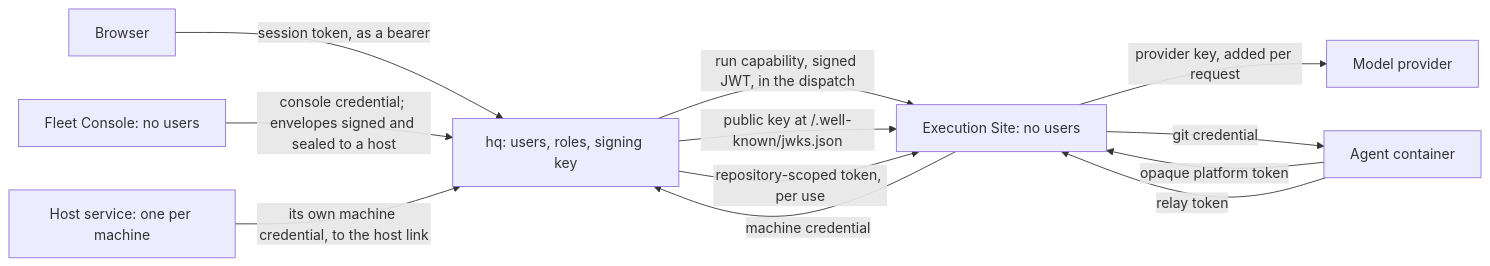
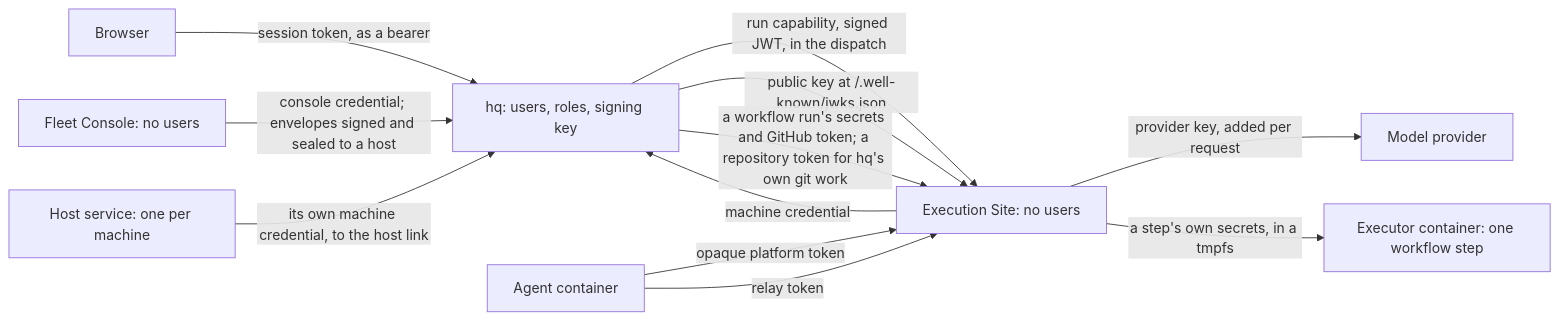
One commit to solution84-com/agenthix changed the first of 3 diagrams in docs/architecture/identity-and-trust.md. Above: the diagram before and after it, drawn with Mermaid. The commit also changed other lines of this file and 21 other files, not shown here.

Commit message:
docs: architecture, concepts and decision records describe workflows, the executor, the egress proxy, masking and the mint gate, with no git credential helper

````diff
--- a/docs/architecture/identity-and-trust.md
+++ b/docs/architecture/identity-and-trust.md
@@ -6,14 +6,14 @@
 ```mermaid
 flowchart LR
     B["Browser"] -->|"session token, as a bearer"| HQ["hq: users, roles, signing key"]
     S["Execution Site: no users"] -->|"machine credential"| HQ
     HQ -->|"run capability, signed JWT, in the dispatch"| S
     HQ -->|"public key at /.well-known/jwks.json"| S
     C["Agent container"] -->|"opaque platform token"| S
     C -->|"relay token"| S
     S -->|"provider key, added per request"| M["Model provider"]
-    HQ -->|"repository-scoped token, per use"| S
-    S -->|"git credential"| C
+    HQ -->|"a workflow run's secrets and GitHub token; a repository token for hq's own git work"| S
+    S -->|"a step's own secrets, in a tmpfs"| EX["Executor container: one workflow step"]
     HM["Fleet Console: no users"] -->|"console credential; envelopes signed and sealed to a host"| HQ
     HS["Host service: one per machine"] -->|"its own machine credential, to the host link"| HQ
 ```
````
